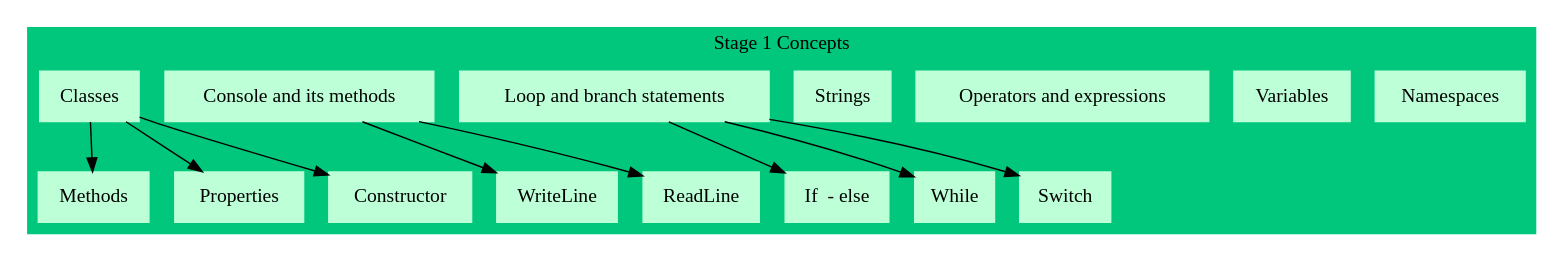
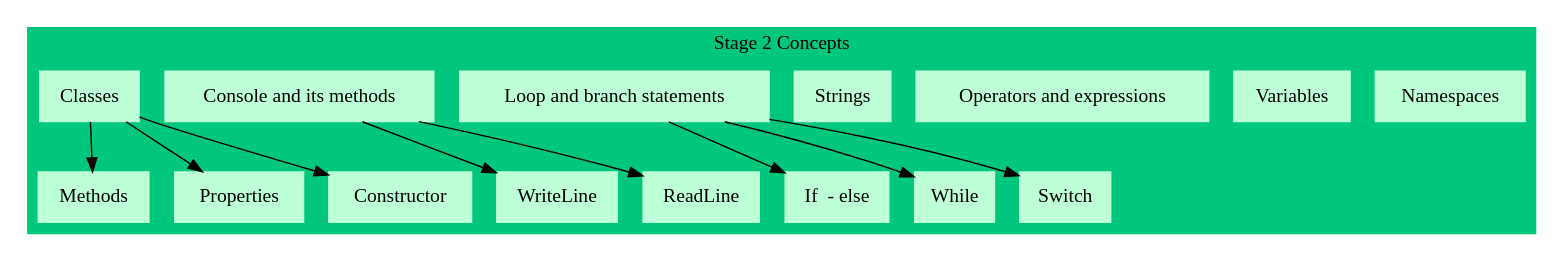
The diagram in modules/CoffeeMachine/Stage 2/ConceptsMapStage2.dot (WildGums/TrainingProgram), drawn with Graphviz before and after one commit.

```diff
--- a/modules/CoffeeMachine/Stage 2/ConceptsMapStage2.dot
+++ b/modules/CoffeeMachine/Stage 2/ConceptsMapStage2.dot
@@ -1,30 +1,30 @@
 
 digraph ConceptsMap {
 
 	subgraph cluster_0 {
 		style=filled;
 		color="#00c77b";
         
 		node [style = filled color = "#bdffd7" shape = box] Namespaces;
         node [] Variables;
 		node [] "Operators and expressions";
 		node [] Strings;
         node [] "Loop and branch statements";
 		node [] "Console and its methods";
         node [] Classes;
 
         Classes -> Methods;
 		Classes -> Properties;
 		Classes -> Constructor;
 
 		"Console and its methods" -> "WriteLine";
 		"Console and its methods" -> "ReadLine";
 
 		"Loop and branch statements" -> "If  - else"
 		"Loop and branch statements" -> "While";
 		"Loop and branch statements" -> "Switch";
 		
-		label = "Stage 1 Concepts";
+		label = "Stage 2 Concepts";
 	}
 
 }
```
